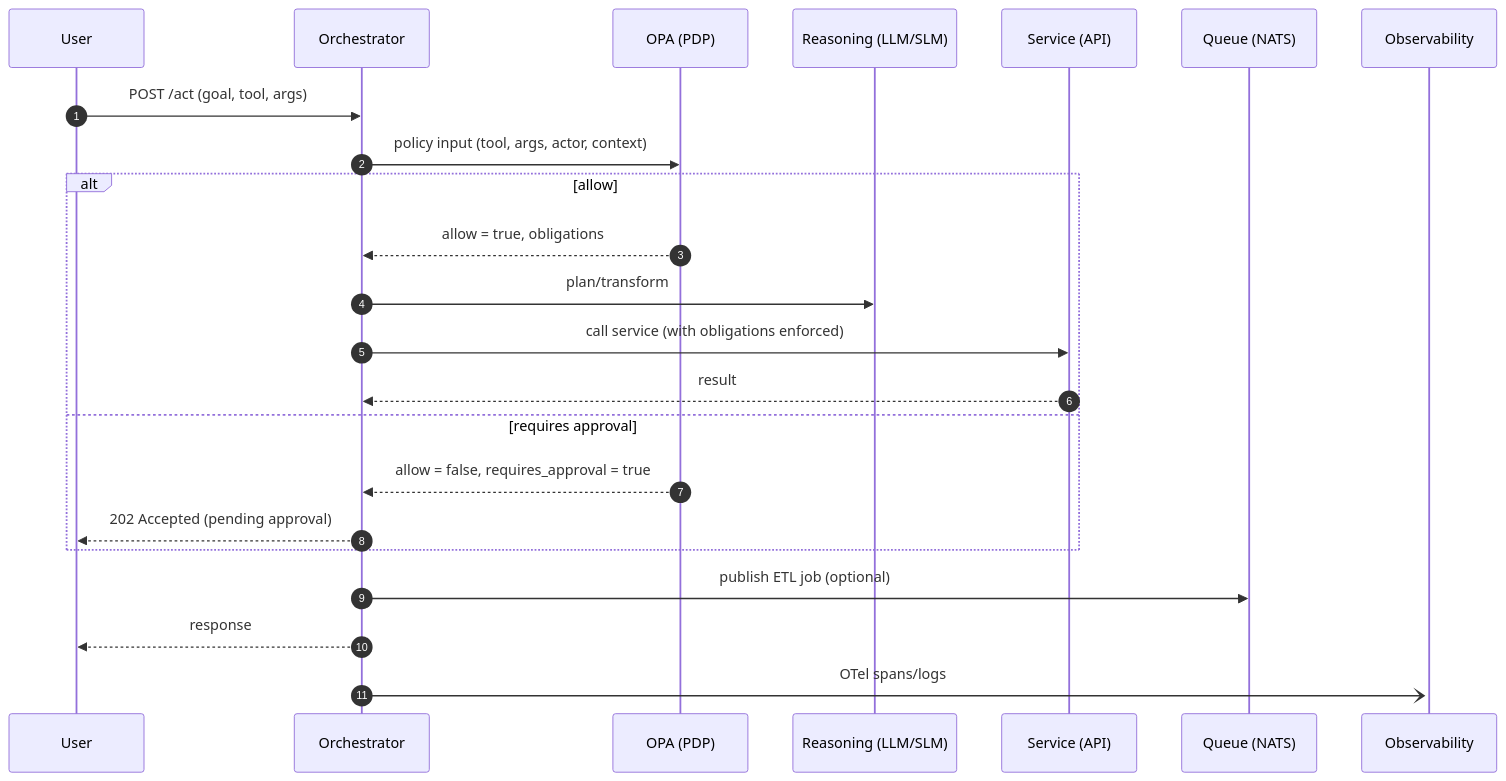
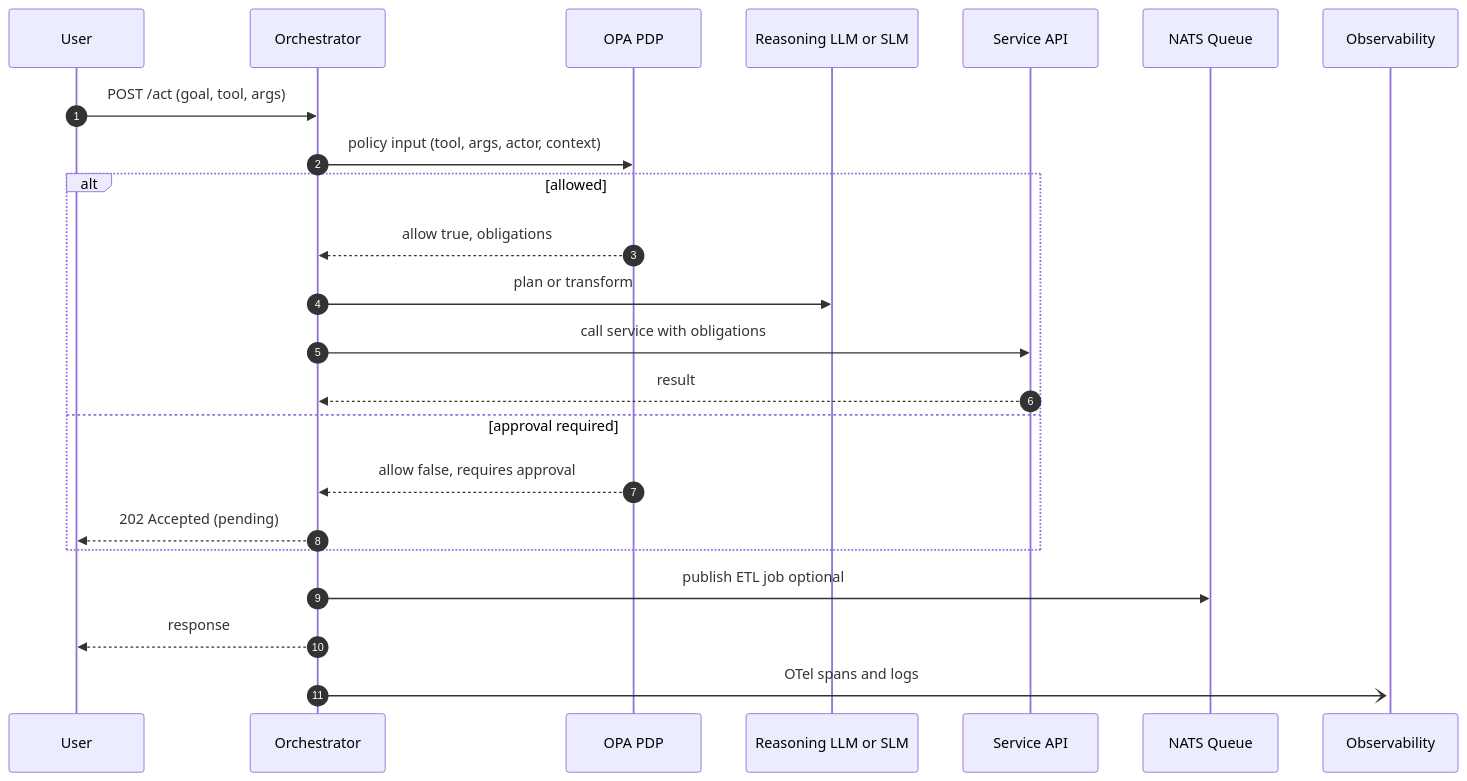
Before and after one commit to 4th/AgenticFabric: the third of 4 diagrams in README.md, drawn with Mermaid. The commit also changed other lines of this file, not shown here.

Commit message:
Docs: fix Mermaid diagrams and governance sections

````diff
--- a/README.md
+++ b/README.md
@@ -171,26 +181,26 @@
 ```mermaid
 sequenceDiagram
   autonumber
   participant U as User
   participant A as Orchestrator
-  participant P as OPA (PDP)
-  participant R as Reasoning (LLM/SLM)
-  participant S as Service (API)
-  participant Q as Queue (NATS)
+  participant P as OPA PDP
+  participant R as Reasoning LLM or SLM
+  participant S as Service API
+  participant Q as NATS Queue
   participant O as Observability
 
   U->>A: POST /act (goal, tool, args)
   A->>P: policy input (tool, args, actor, context)
-  alt allow
-    P-->>A: allow = true, obligations
-    A->>R: plan/transform
-    A->>S: call service (with obligations enforced)
+  alt allowed
+    P-->>A: allow true, obligations
+    A->>R: plan or transform
+    A->>S: call service with obligations
     S-->>A: result
-  else requires approval
-    P-->>A: allow = false, requires_approval = true
-    A-->>U: 202 Accepted (pending approval)
+  else approval required
+    P-->>A: allow false, requires approval
+    A-->>U: 202 Accepted (pending)
   end
-  A->>Q: publish ETL job (optional)
+  A->>Q: publish ETL job optional
   A-->>U: response
-  A-)+O: OTel spans/logs
+  A-)+O: OTel spans and logs
 ```
````
